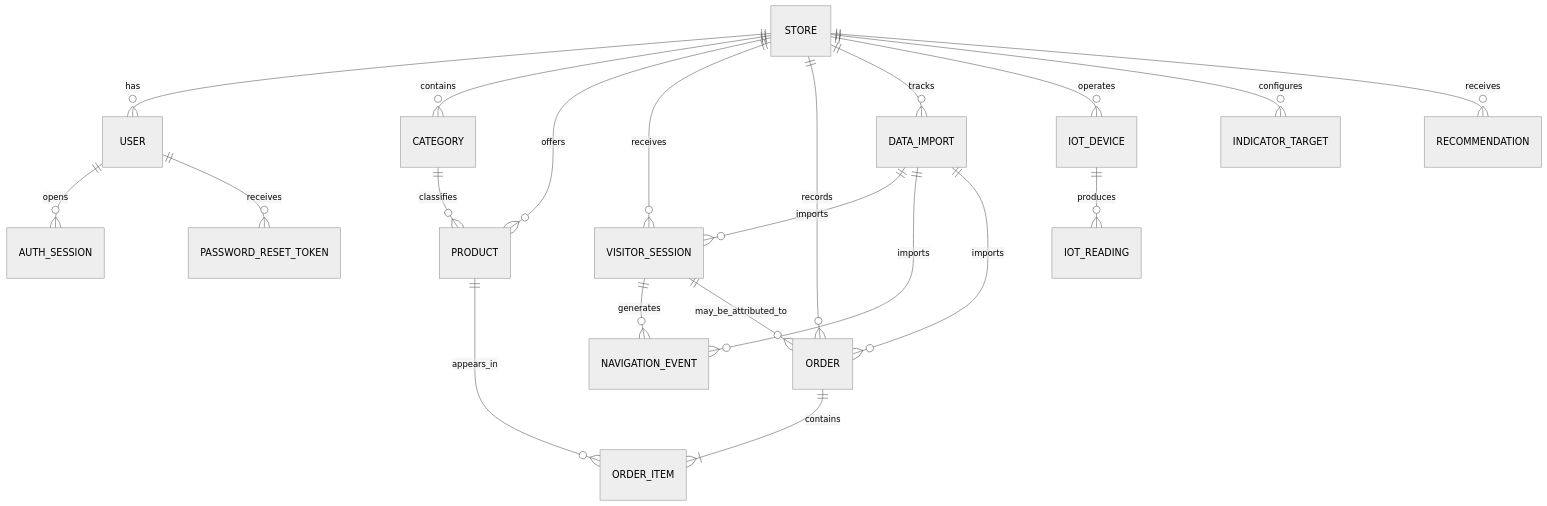
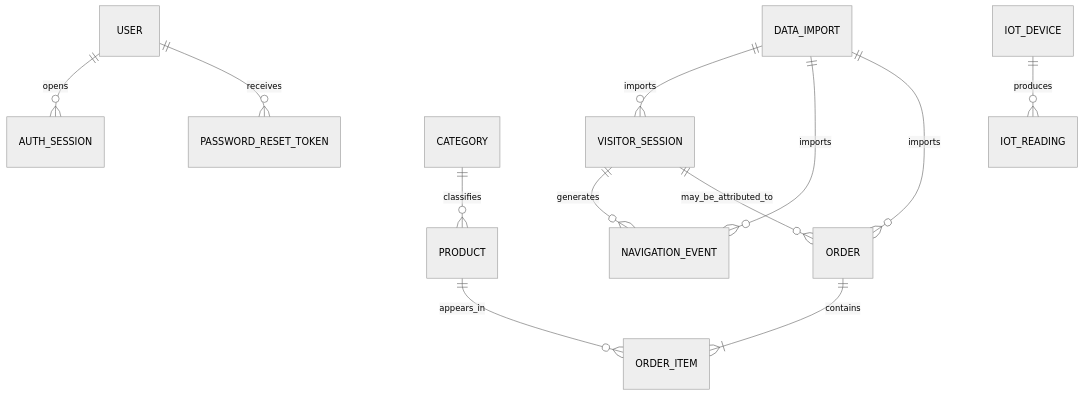
The diagram in docs/DATA_MODEL.md (RomanoBoldrin/ecommerce-intelligence), drawn with Mermaid (neutral theme) before and after one commit. The commit also changed other lines of this file and 5 other files, not shown here.

Commit message:
docs: align specifications, data model, and roadmap with single-store schema

````diff
--- a/docs/DATA_MODEL.md
+++ b/docs/DATA_MODEL.md
@@ -22,30 +22,20 @@
 ```mermaid
 erDiagram
-    STORE ||--o{ USER : has
-    STORE ||--o{ CATEGORY : contains
-    STORE ||--o{ PRODUCT : offers
-    STORE ||--o{ VISITOR_SESSION : receives
-    STORE ||--o{ ORDER : records
-    STORE ||--o{ DATA_IMPORT : tracks
-    STORE ||--o{ IOT_DEVICE : operates
-
     USER ||--o{ AUTH_SESSION : opens
     USER ||--o{ PASSWORD_RESET_TOKEN : receives
 
     CATEGORY ||--o{ PRODUCT : classifies
 
     DATA_IMPORT ||--o{ VISITOR_SESSION : imports
     DATA_IMPORT ||--o{ NAVIGATION_EVENT : imports
     DATA_IMPORT ||--o{ ORDER : imports
 
     VISITOR_SESSION ||--o{ NAVIGATION_EVENT : generates
     VISITOR_SESSION ||--o{ ORDER : may_be_attributed_to
 
     ORDER ||--|{ ORDER_ITEM : contains
     PRODUCT ||--o{ ORDER_ITEM : appears_in
 
     IOT_DEVICE ||--o{ IOT_READING : produces
 
-    STORE ||--o{ INDICATOR_TARGET : configures
-    STORE ||--o{ RECOMMENDATION : receives
 ```
````
